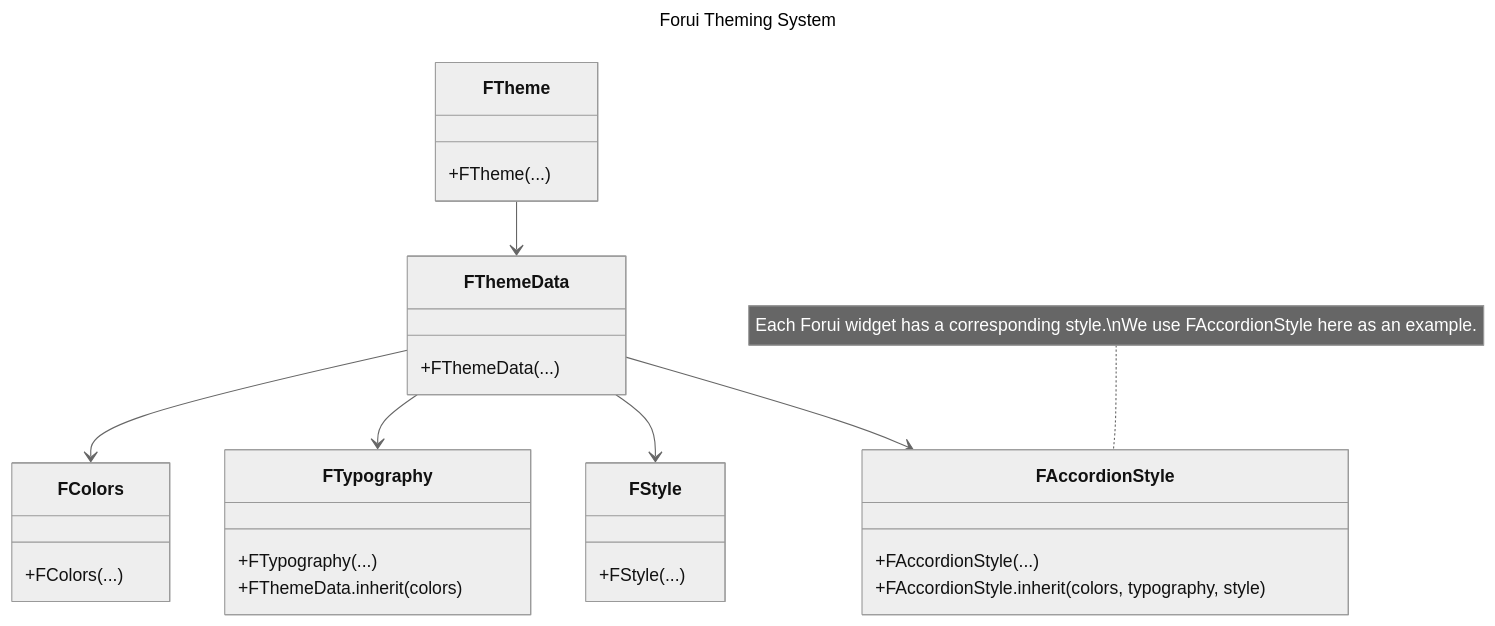
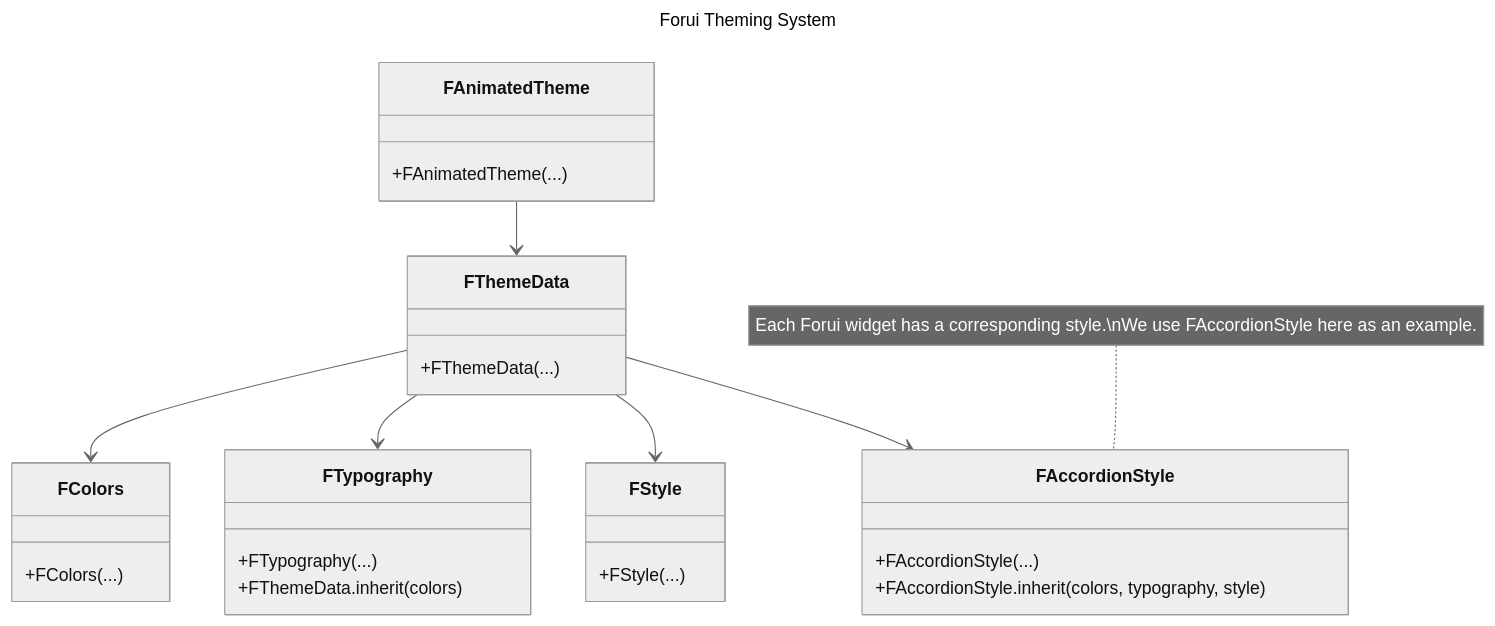
One commit to forus-labs/forui changed the diagram in docs/app/docs/themes/page.mdx. Above: the diagram before and after it, drawn with Mermaid (neutral theme). The commit also changed other lines of this file and 58 other files, not shown here.

````diff
--- a/docs/app/docs/themes/page.mdx
+++ b/docs/app/docs/themes/page.mdx
@@ -49,38 +49,38 @@
 ```mermaid
 ---
 title: Forui Theming System
 ---
 classDiagram
-class FTheme {
-    +FTheme(...)
+class FAnimatedTheme {
+    +FAnimatedTheme(...)
 }
 
 class FThemeData {
     +FThemeData(...)
 }
 
 class FColors {
     +FColors(...)
 }
 
 class FTypography {
     +FTypography(...)
     +FThemeData.inherit(colors)
 }
 
 class FStyle {
     +FStyle(...)
 }
 
 class FAccordionStyle {
     +FAccordionStyle(...)
     +FAccordionStyle.inherit(colors, typography, style)
 }
 note for FAccordionStyle "Each Forui widget has a corresponding style.\nWe use FAccordionStyle here as an example."
 
-FTheme --> FThemeData
+FAnimatedTheme --> FThemeData
 FThemeData --> FColors
 FThemeData --> FTypography
 FThemeData --> FStyle
 FThemeData --> FAccordionStyle
 ```
````
